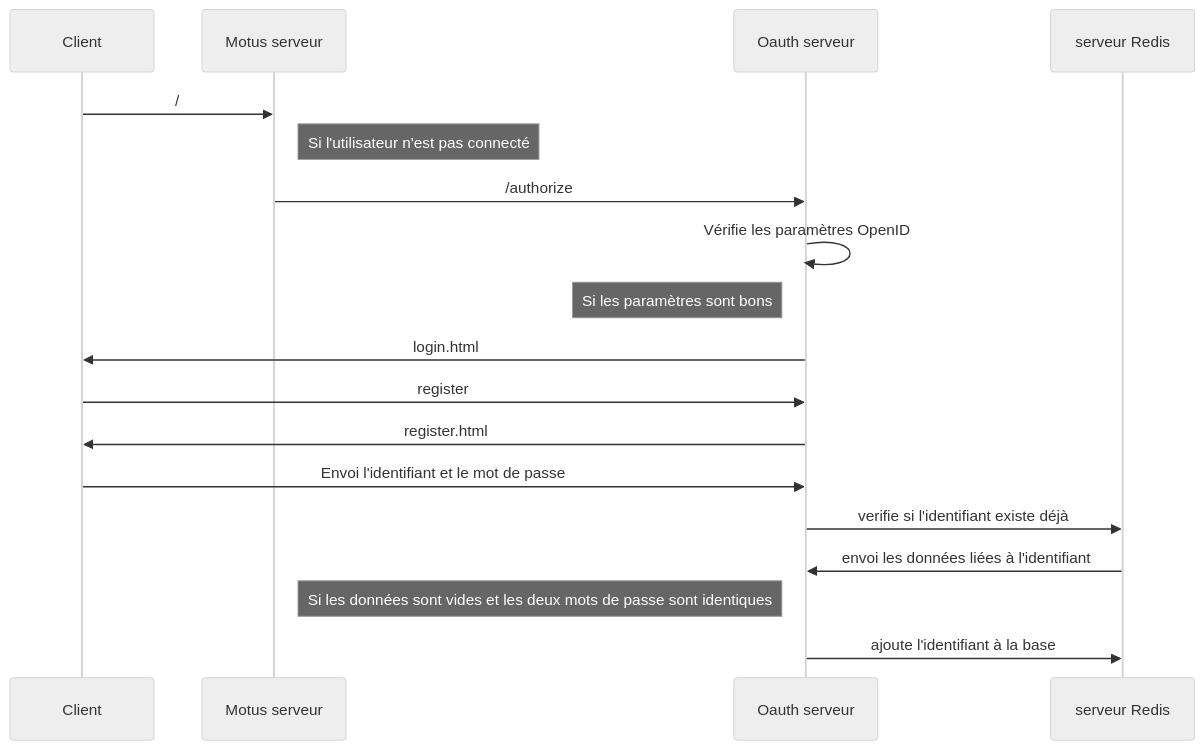
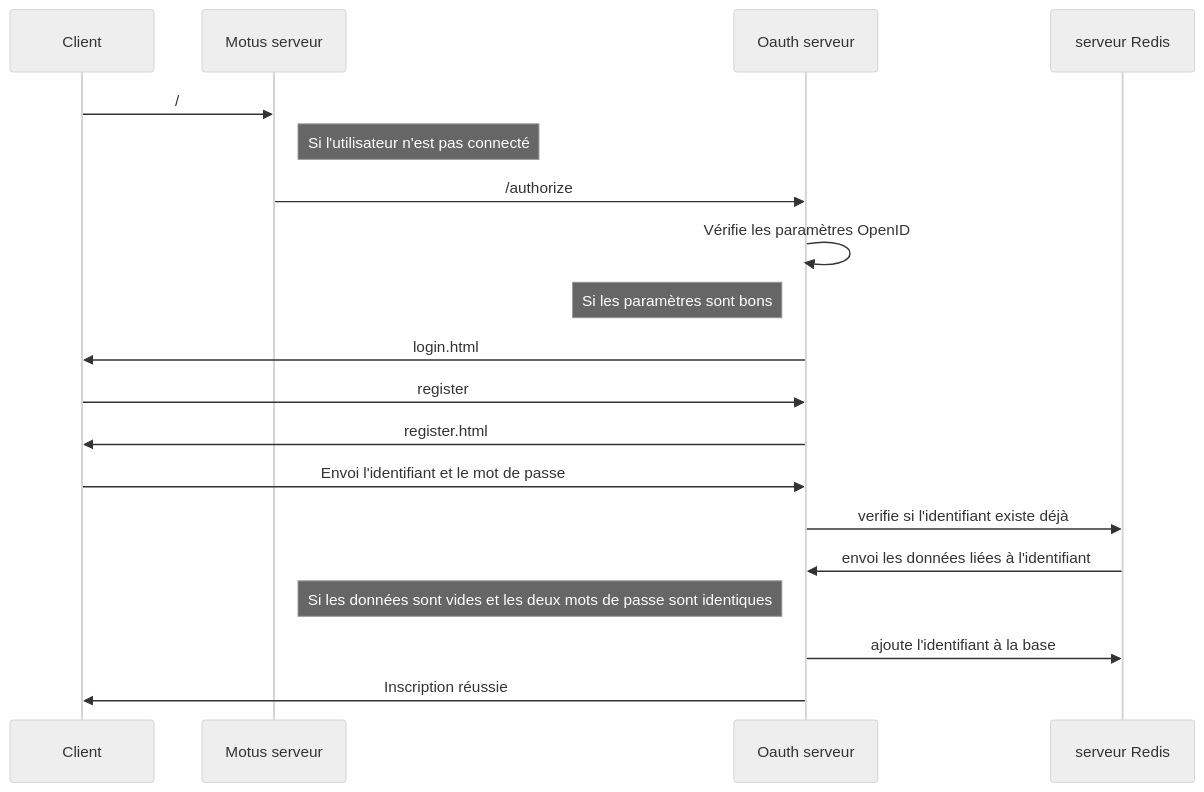
The first of 3 diagrams in README.md (ThomasMetral/Microservices), drawn with Mermaid (neutral theme) before and after one commit. The commit also changed other lines of this file, not shown here.

````diff
--- a/README.md
+++ b/README.md
@@ -32,17 +32,18 @@
 ```mermaid
 sequenceDiagram
     Client ->> Motus serveur: /
     Note right of Motus serveur: Si l'utilisateur n'est pas connecté
     Motus serveur ->> Oauth serveur: /authorize
     Oauth serveur ->> Oauth serveur: Vérifie les paramètres OpenID
     Note left of Oauth serveur: Si les paramètres sont bons
     Oauth serveur->>Client: login.html
     Client ->> Oauth serveur: register
     Oauth serveur ->> Client : register.html
     Client ->> Oauth serveur: Envoi l'identifiant et le mot de passe
     Oauth serveur ->> serveur Redis: verifie si l'identifiant existe déjà
     serveur Redis ->> Oauth serveur: envoi les données liées à l'identifiant
     Note left of Oauth serveur: Si les données sont vides et les deux mots de passe sont identiques
     Oauth serveur ->> serveur Redis: ajoute l'identifiant à la base
+    Oauth serveur ->> Client: Inscription réussie
     
 ```
````
